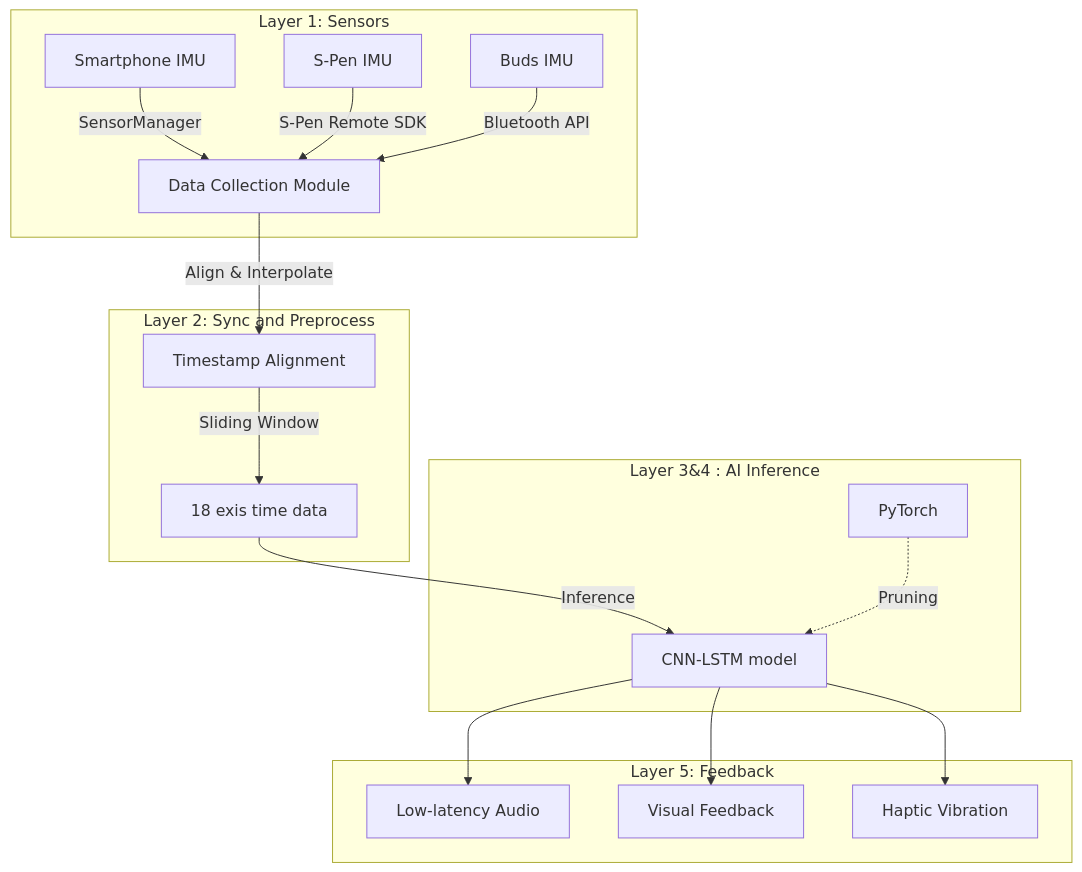
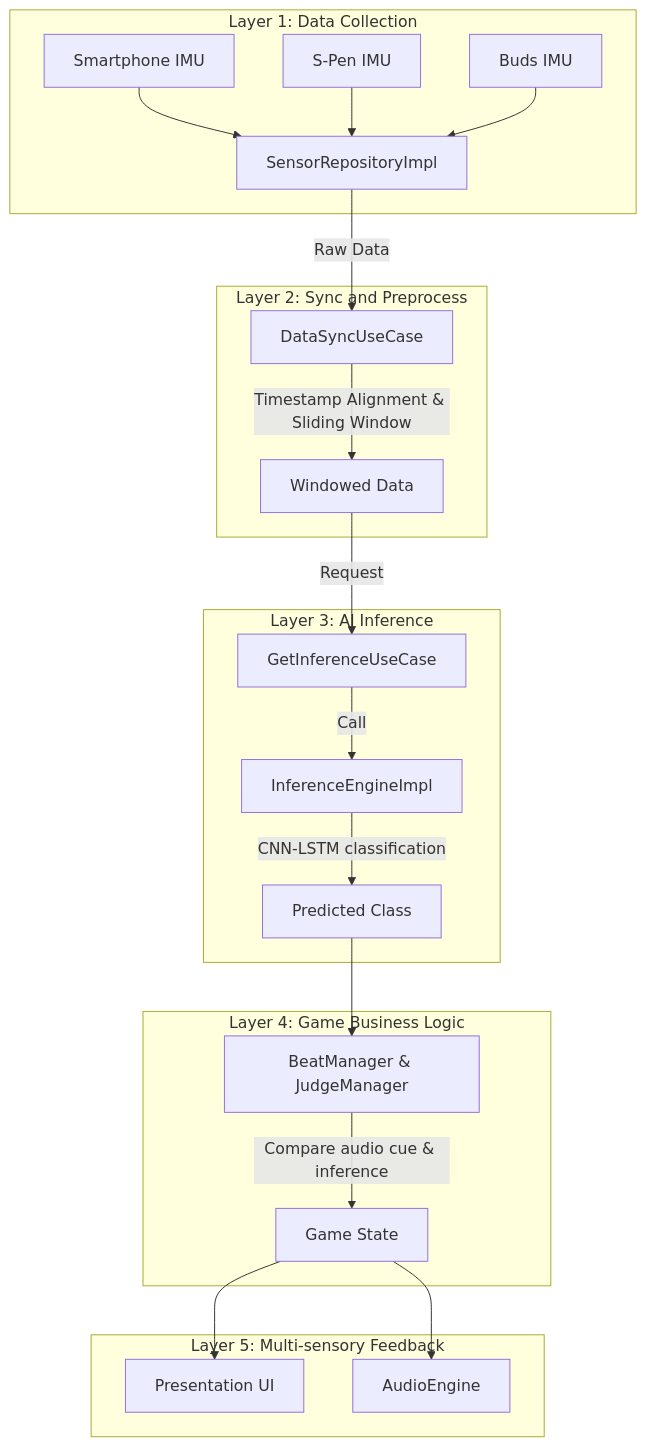
Before and after one commit to spklapjs/Point-6: the first of 2 diagrams in docs/02_System_Architecture.md, drawn with Mermaid. The commit also changed other lines of this file, not shown here.

````diff
--- a/docs/02_System_Architecture.md
+++ b/docs/02_System_Architecture.md
@@ -49,24 +50,29 @@
 ```mermaid
 graph TD
-    subgraph L1 [Layer 1: Sensors]
-        A[Smartphone IMU] -- "SensorManager" --> D[Data Collection Module]
-        B[S-Pen IMU] -- "S-Pen Remote SDK" --> D
-        C[Buds IMU] -- "Bluetooth API" --> D
+    subgraph L1 [Layer 1: Data Collection]
+        A[Smartphone IMU] --> D[SensorRepositoryImpl]
+        B[S-Pen IMU] --> D
+        C[Buds IMU] --> D
     end
 
     subgraph L2 [Layer 2: Sync and Preprocess]
-        D -- "Align & Interpolate" --> E[Timestamp Alignment]
-        E -- "Sliding Window" --> F[18 exis time data]
+        D -- Raw Data --> E[DataSyncUseCase]
+        E -- Timestamp Alignment & Sliding Window --> F[Windowed Data]
     end
 
-    subgraph L3 [Layer 3&4 : AI Inference]
-        F -- "Inference" --> G[CNN-LSTM model]
-        H[PyTorch] -. "Pruning" .-> G
+    subgraph L3 [Layer 3: AI Inference]
+        F -- Request --> G[GetInferenceUseCase]
+        G -- Call --> H[InferenceEngineImpl]
+        H -- CNN-LSTM classification --> I[Predicted Class]
     end
 
-    subgraph L5 [Layer 5: Feedback]
-        G --> I[Low-latency Audio]
-        G --> J[Visual Feedback]
-        G --> K[Haptic Vibration]
+    subgraph L4 [Layer 4: Game Business Logic]
+        I --> J[BeatManager & JudgeManager]
+        J -- Compare audio cue & inference --> K[Game State]
+    end
+
+    subgraph L5 [Layer 5: Multi-sensory Feedback]
+        K --> L[Presentation UI]
+        K --> M[AudioEngine]
     end
 ```
````
